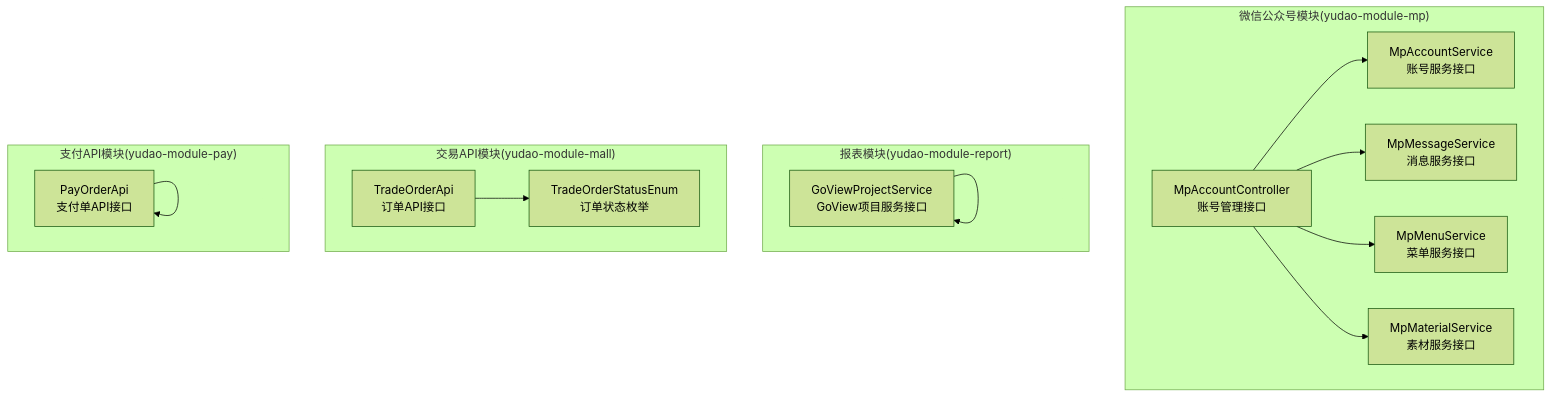
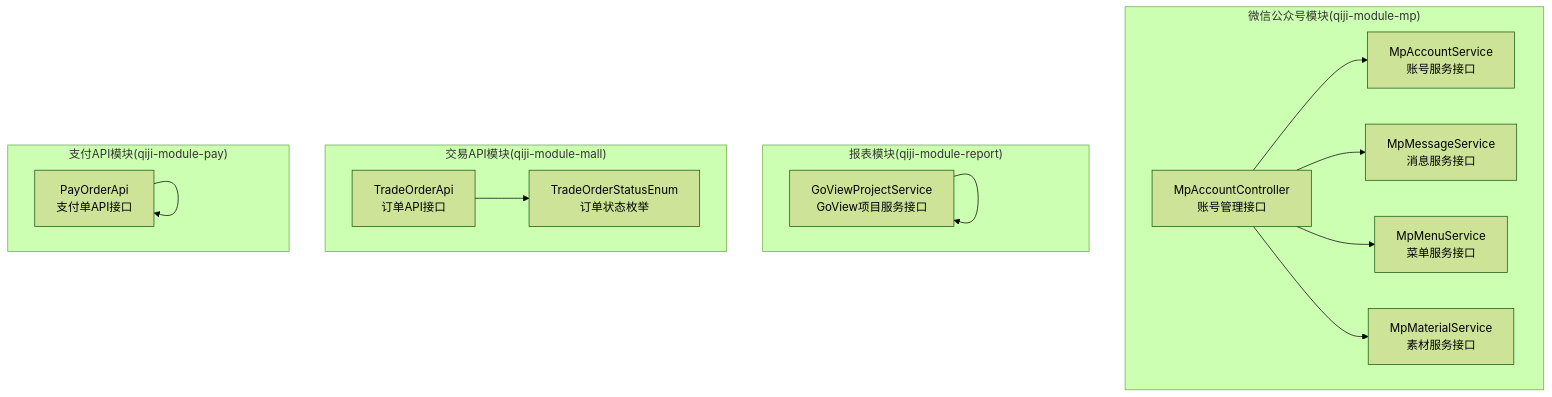
Before and after one commit to zhuangpengLI/AgenticCPS: the first of 8 diagrams in backend/.qoder/repowiki/zh/content/核心业务模块/其他业务模块.md, drawn with Mermaid (forest theme). The commit also changed other lines of this file and 3489 other files, not shown here.

````diff
--- a/backend/.qoder/repowiki/zh/content/核心业务模块/其他业务模块.md
+++ b/backend/.qoder/repowiki/zh/content/核心业务模块/其他业务模块.md
@@ -39,27 +39,27 @@
 ```mermaid
 graph TB
-subgraph "微信公众号模块(yudao-module-mp)"
+subgraph "微信公众号模块(qiji-module-mp)"
 MP_Ctrl["MpAccountController<br/>账号管理接口"]
 MP_Svc_Acc["MpAccountService<br/>账号服务接口"]
 MP_Svc_Msg["MpMessageService<br/>消息服务接口"]
 MP_Svc_Menu["MpMenuService<br/>菜单服务接口"]
 MP_Svc_Mat["MpMaterialService<br/>素材服务接口"]
 end
-subgraph "报表模块(yudao-module-report)"
+subgraph "报表模块(qiji-module-report)"
 REP_Svc["GoViewProjectService<br/>GoView项目服务接口"]
 end
-subgraph "交易API模块(yudao-module-mall)"
+subgraph "交易API模块(qiji-module-mall)"
 TRADE_API["TradeOrderApi<br/>订单API接口"]
 TRADE_ENUM["TradeOrderStatusEnum<br/>订单状态枚举"]
 end
-subgraph "支付API模块(yudao-module-pay)"
+subgraph "支付API模块(qiji-module-pay)"
 PAY_API["PayOrderApi<br/>支付单API接口"]
 end
 MP_Ctrl --> MP_Svc_Acc
 MP_Ctrl --> MP_Svc_Msg
 MP_Ctrl --> MP_Svc_Menu
 MP_Ctrl --> MP_Svc_Mat
 REP_Svc --> REP_Svc
 TRADE_API --> TRADE_ENUM
 PAY_API --> PAY_API
 ```
````
